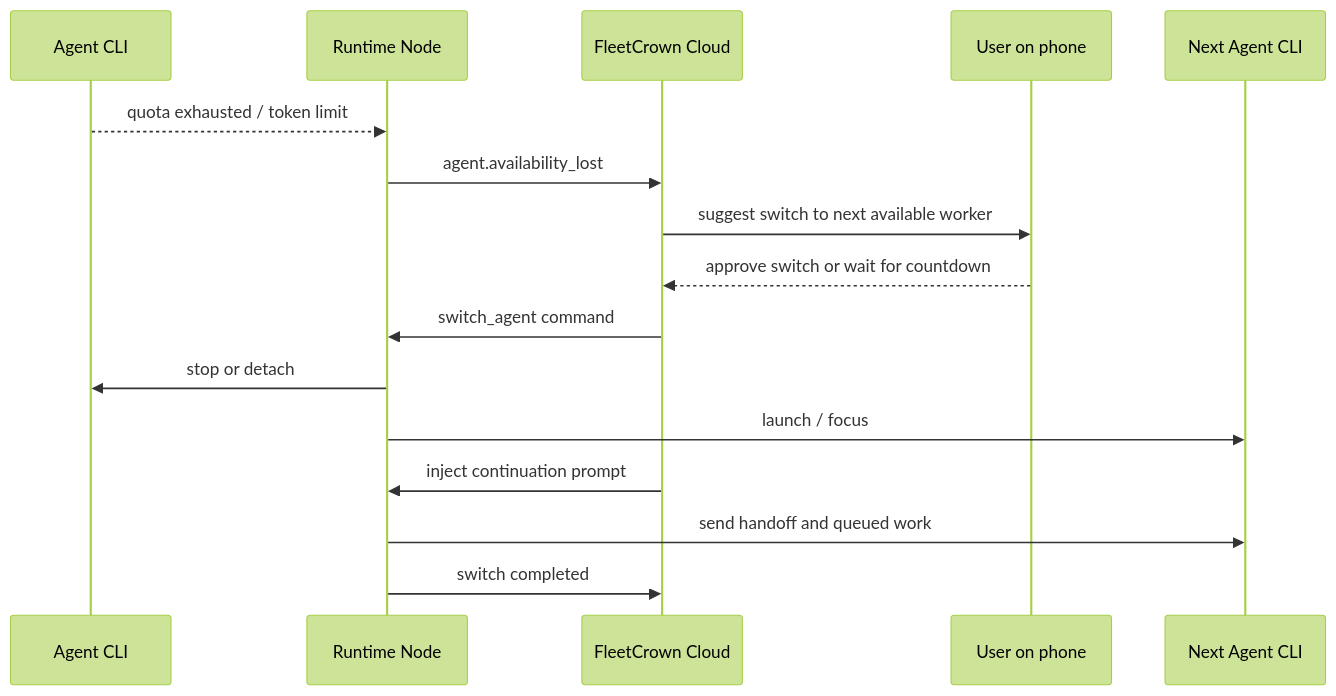
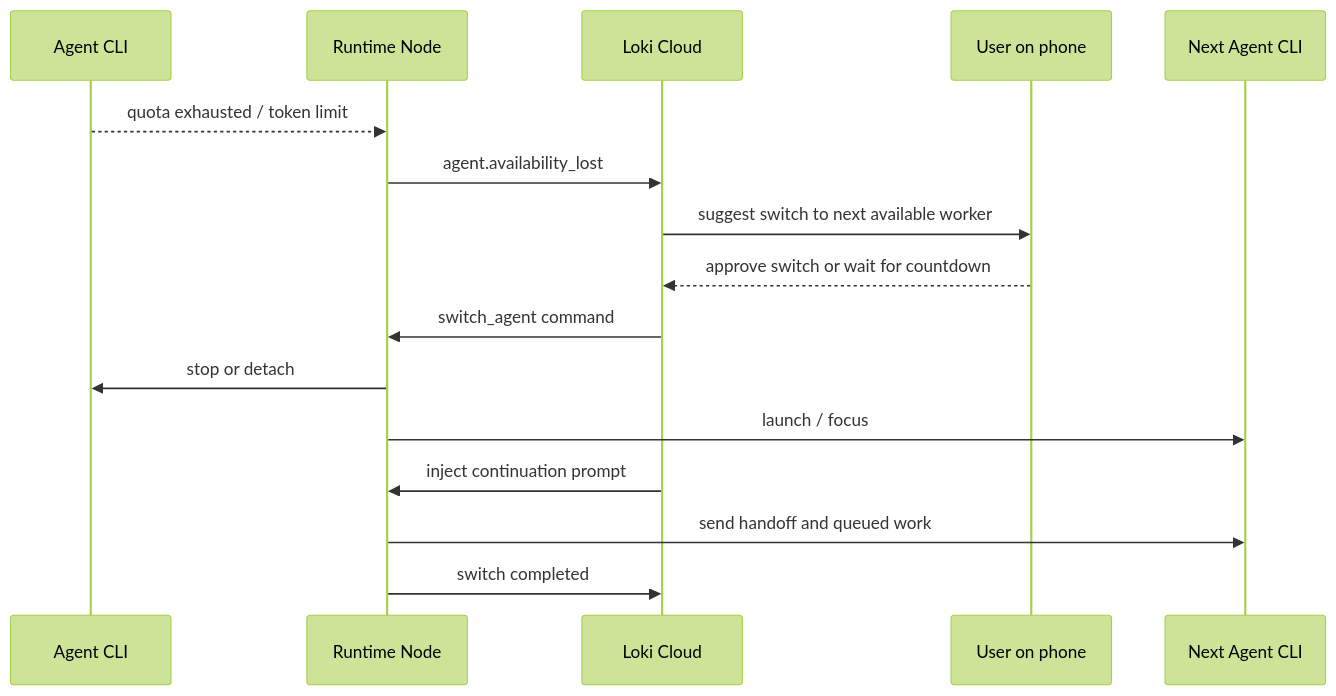
The fourth of 7 diagrams in content/thoughts/from-localhost-to-a-portable-creation-cockpit.md (bitbaum/fleetcrown), drawn with Mermaid (forest theme) before and after one commit. The commit also changed other lines of this file and 638 other files, not shown here.

First line of the commit message:
refactor: rename the product from FleetCrown to Loki

````diff
--- a/content/thoughts/from-localhost-to-a-portable-creation-cockpit.md
+++ b/content/thoughts/from-localhost-to-a-portable-creation-cockpit.md
@@ -398,19 +398,19 @@
 ```mermaid
 sequenceDiagram
     participant Agent as Agent CLI
     participant Node as Runtime Node
-    participant Cloud as FleetCrown Cloud
+    participant Cloud as Loki Cloud
     participant User as User on phone
     participant Next as Next Agent CLI
 
     Agent-->>Node: quota exhausted / token limit
     Node->>Cloud: agent.availability_lost
     Cloud->>User: suggest switch to next available worker
     User-->>Cloud: approve switch or wait for countdown
     Cloud->>Node: switch_agent command
     Node->>Agent: stop or detach
     Node->>Next: launch / focus
     Cloud->>Node: inject continuation prompt
     Node->>Next: send handoff and queued work
     Node->>Cloud: switch completed
 ```
````
